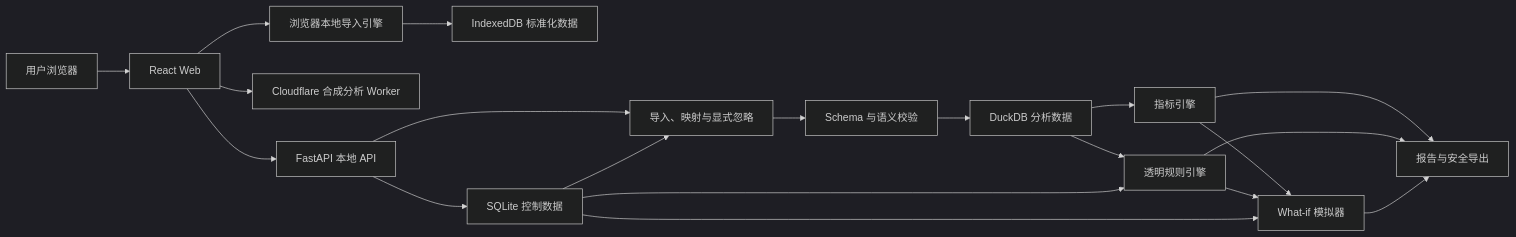
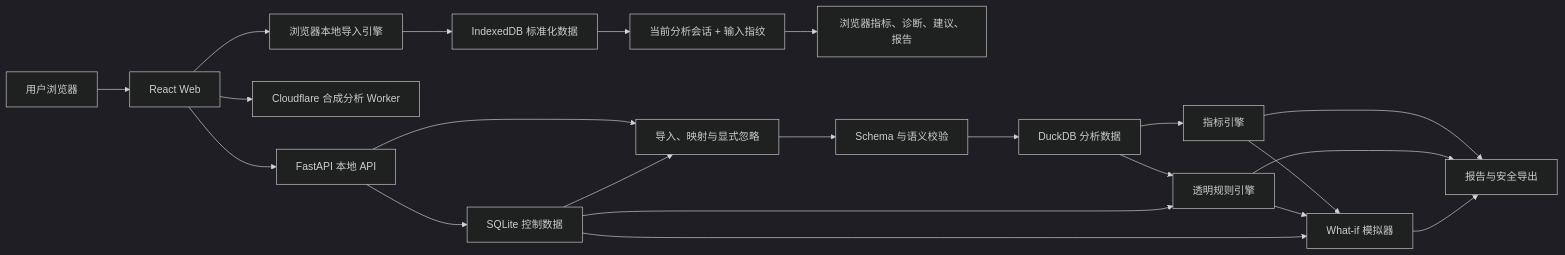
One commit to autumnnmutua/fulfilllens changed the diagram in docs/ARCHITECTURE.md. Above: the diagram before and after it, drawn with Mermaid (dark theme). The commit also changed other lines of this file and 83 other files, not shown here.

````diff
--- a/docs/ARCHITECTURE.md
+++ b/docs/ARCHITECTURE.md
@@ -33,22 +33,24 @@
 ```mermaid
 flowchart LR
     U["用户浏览器"] --> W["React Web"]
     W --> B["浏览器本地导入引擎"]
     B --> BI["IndexedDB 标准化数据"]
+    BI --> AS["当前分析会话 + 输入指纹"]
+    AS --> BM["浏览器指标、诊断、建议、报告"]
     W --> CW["Cloudflare 合成分析 Worker"]
     W --> A["FastAPI 本地 API"]
     A --> I["导入、映射与显式忽略"]
     I --> V["Schema 与语义校验"]
     V --> D["DuckDB 分析数据"]
     A --> S["SQLite 控制数据"]
     D --> M["指标引擎"]
     D --> R["透明规则引擎"]
     M --> X["What-if 模拟器"]
     R --> X
     M --> P["报告与安全导出"]
     R --> P
     X --> P
     S --> I
     S --> R
     S --> X
 ```
````
